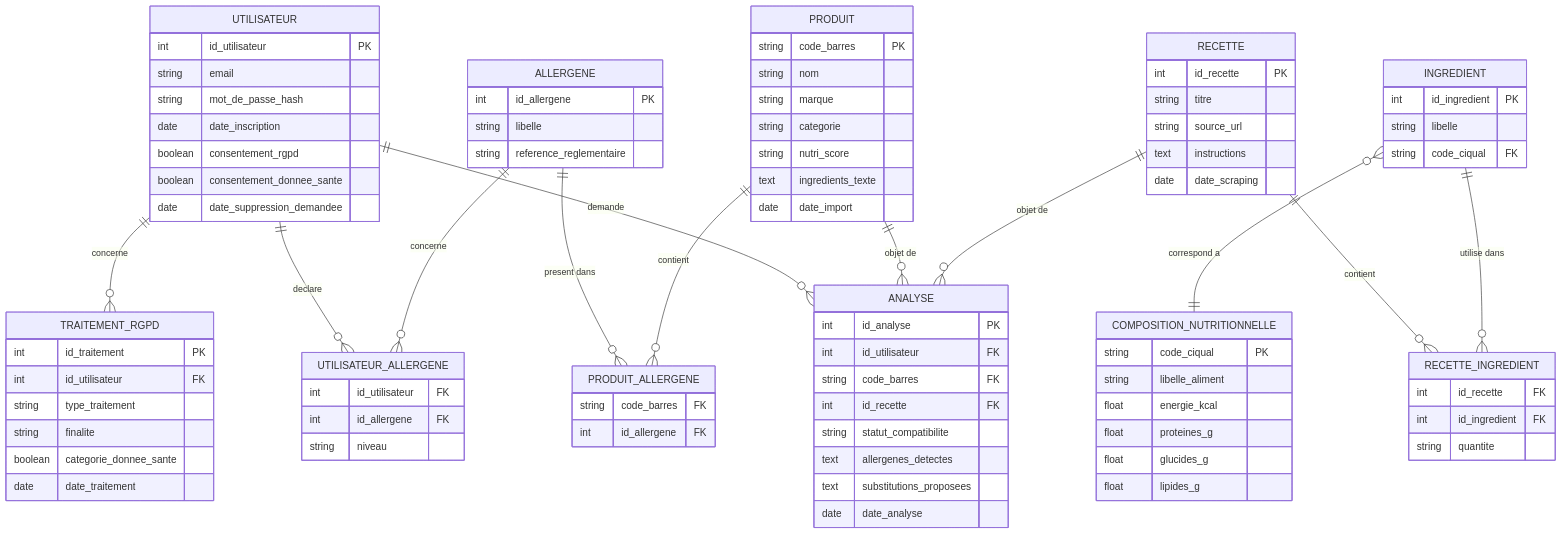
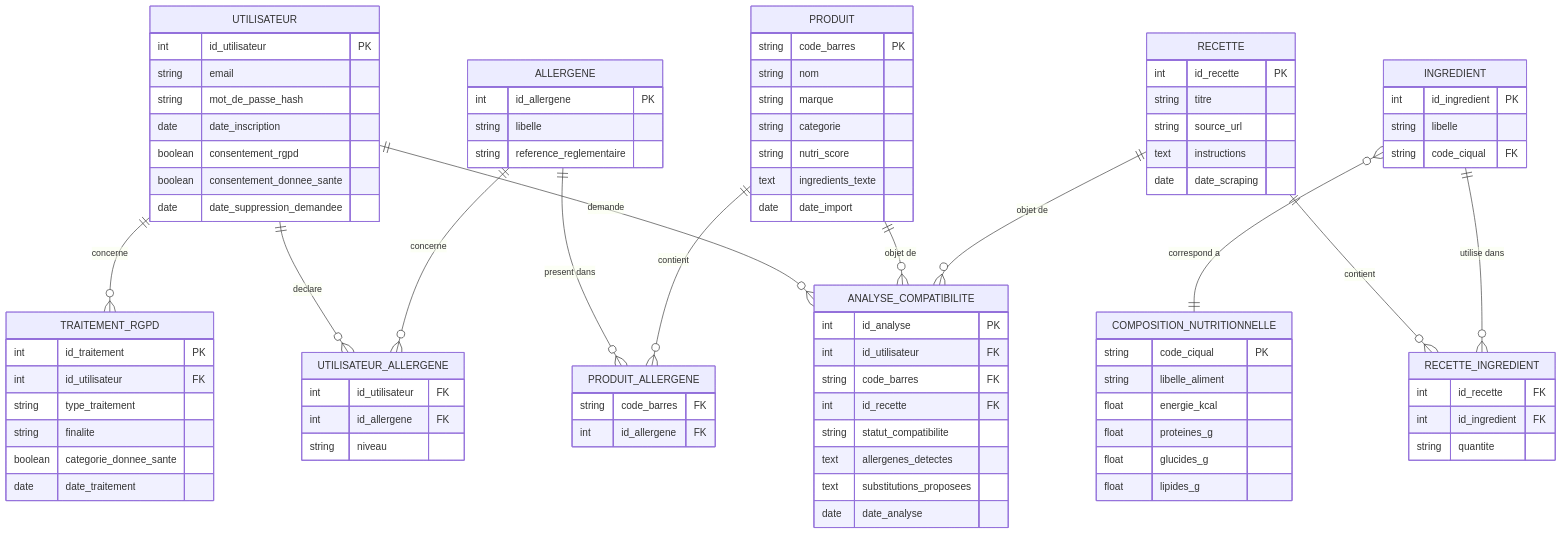
The diagram in docs/01-cadrage/merise.md (ValentinPhan/2026-08-05_projet_final_certification_devIA_session2), drawn with Mermaid before and after one commit. The commit also changed other lines of this file and 19 other files, not shown here.

```diff
--- a/docs/01-cadrage/merise.md
+++ b/docs/01-cadrage/merise.md
@@ -25,9 +25,9 @@
     RECETTE ||--o{ RECETTE_INGREDIENT : contient
     INGREDIENT ||--o{ RECETTE_INGREDIENT : "utilise dans"
     INGREDIENT }o--|| COMPOSITION_NUTRITIONNELLE : "correspond a"
-    UTILISATEUR ||--o{ ANALYSE : demande
-    PRODUIT ||--o{ ANALYSE : "objet de"
-    RECETTE ||--o{ ANALYSE : "objet de"
+    UTILISATEUR ||--o{ ANALYSE_COMPATIBILITE : demande
+    PRODUIT ||--o{ ANALYSE_COMPATIBILITE : "objet de"
+    RECETTE ||--o{ ANALYSE_COMPATIBILITE : "objet de"
     UTILISATEUR ||--o{ TRAITEMENT_RGPD : concerne
 
     UTILISATEUR {
@@ -87,7 +87,7 @@
         float glucides_g
         float lipides_g
     }
-    ANALYSE {
+    ANALYSE_COMPATIBILITE {
         int id_analyse PK
         int id_utilisateur FK
         string code_barres FK
```
